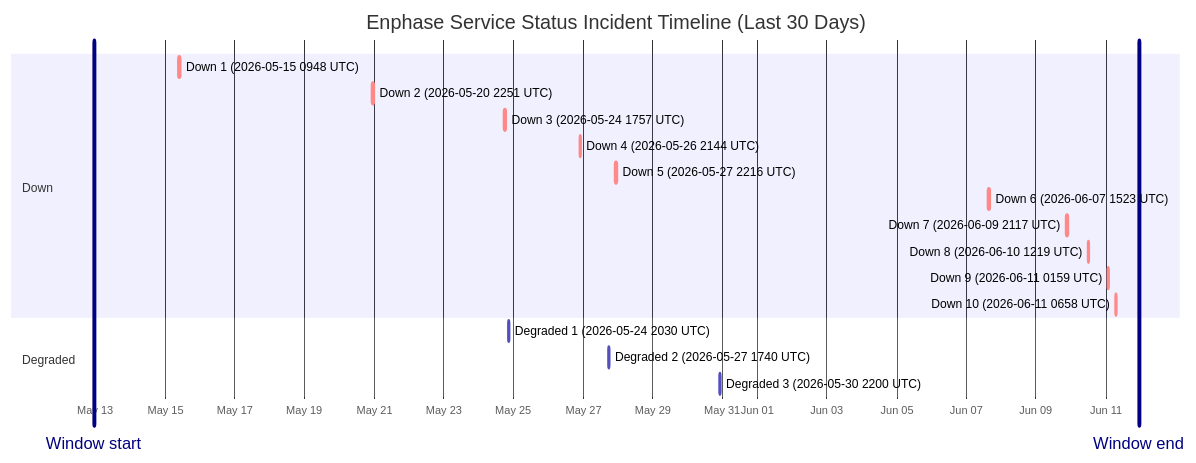
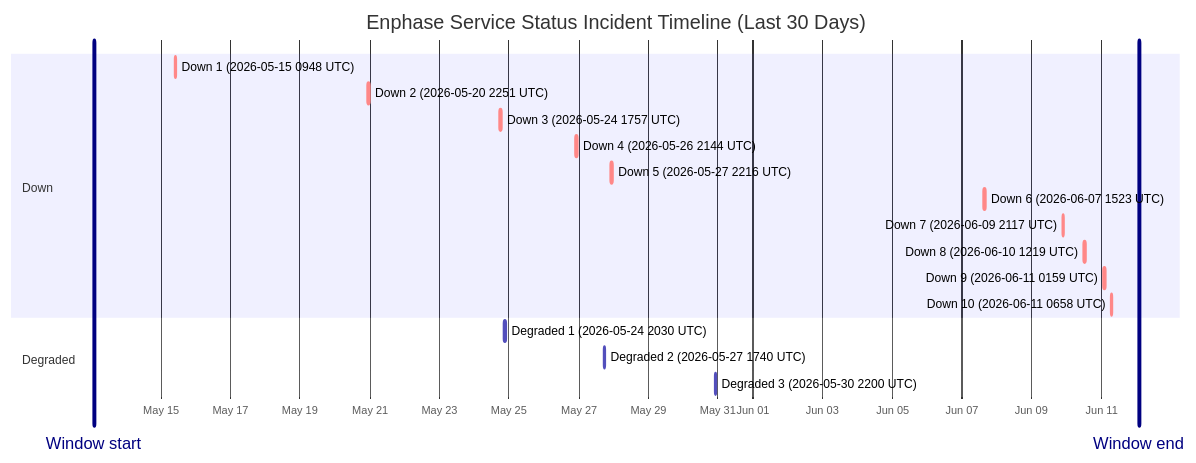
The diagram in wiki/Service-Status-History.md (barneyonline/ha-enphase-energy), drawn with Mermaid before and after one commit. The commit also changed other lines of this file and 3 other files, not shown here.

````diff
--- a/wiki/Service-Status-History.md
+++ b/wiki/Service-Status-History.md
@@ -14,23 +14,23 @@
 ```mermaid
 gantt
     title Enphase Service Status Incident Timeline (Last 30 Days)
     dateFormat  YYYY-MM-DDTHH:mm:ss
     axisFormat  %b %d
-    Window start :vert, window-start, 2026-05-12T23:05:48, 0ms
-    Window end :vert, window-end, 2026-06-11T23:05:48, 0ms
+    Window start :vert, window-start, 2026-05-13T01:55:31, 0ms
+    Window end :vert, window-end, 2026-06-12T01:55:31, 0ms
     section Down
     Down 1 (2026-05-15 0948 UTC) :crit, down-1, 2026-05-15T09:48:18, 60m
     Down 2 (2026-05-20 2251 UTC) :crit, down-2, 2026-05-20T22:51:14, 75m
     Down 3 (2026-05-24 1757 UTC) :crit, down-3, 2026-05-24T17:57:41, 86m
     Down 4 (2026-05-26 2144 UTC) :crit, down-4, 2026-05-26T21:44:11, 85m
     Down 5 (2026-05-27 2216 UTC) :crit, down-5, 2026-05-27T22:16:53, 87m
     Down 6 (2026-06-07 1523 UTC) :crit, down-6, 2026-06-07T15:23:22, 87m
     Down 7 (2026-06-09 2117 UTC) :crit, down-7, 2026-06-09T21:17:17, 60m
     Down 8 (2026-06-10 1219 UTC) :crit, down-8, 2026-06-10T12:19:21, 60m
     Down 9 (2026-06-11 0159 UTC) :crit, down-9, 2026-06-11T01:59:36, 60m
     Down 10 (2026-06-11 0658 UTC) :crit, down-10, 2026-06-11T06:58:45, 60m
     section Degraded
     Degraded 1 (2026-05-24 2030 UTC) :active, degraded-1, 2026-05-24T20:30:57, 84m
     Degraded 2 (2026-05-27 1740 UTC) :active, degraded-2, 2026-05-27T17:40:52, 60m
     Degraded 3 (2026-05-30 2200 UTC) :active, degraded-3, 2026-05-30T22:00:37, 60m
 ```
````
